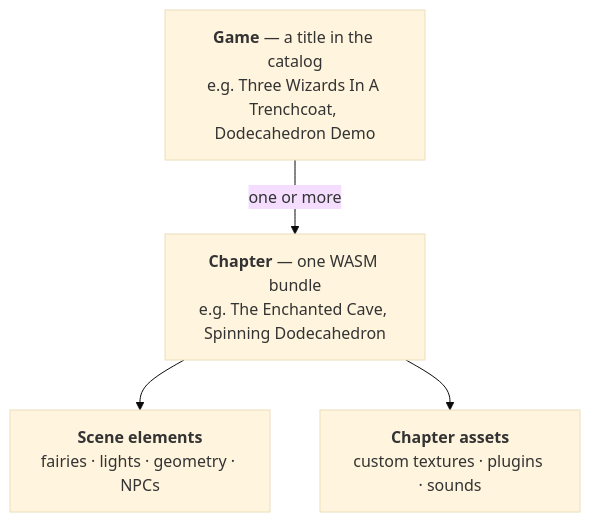
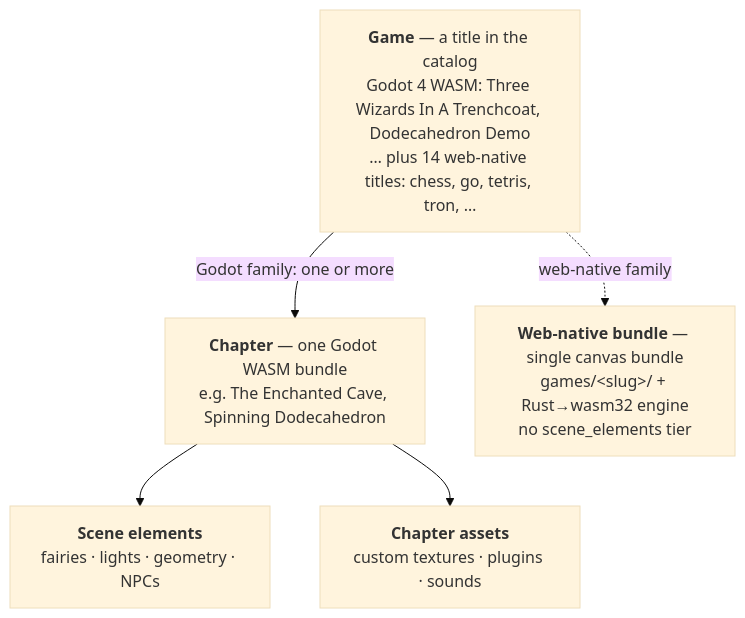
Before and after one commit to hugmesh/hugmesh-games: the first of 46 diagrams in README.md, drawn with Mermaid (base theme). The commit also changed other lines of this file and 6 other files, not shown here.

Commit message:
docs(snapdragon.games): reconcile READMEs + Mermaid diagrams with current & planned state

````diff
--- a/README.md
+++ b/README.md
@@ -132,10 +163,12 @@
 ```mermaid
 flowchart TB
-    Game["<b>Game</b> — a title in the catalog<br/>e.g. Three Wizards In A Trenchcoat, Dodecahedron Demo"]
-    Chapter["<b>Chapter</b> — one WASM bundle<br/>e.g. The Enchanted Cave, Spinning Dodecahedron"]
+    Game["<b>Game</b> — a title in the catalog<br/>Godot 4 WASM: Three Wizards In A Trenchcoat, Dodecahedron Demo<br/>… plus 14 web-native titles: chess, go, tetris, tron, …"]
+    Chapter["<b>Chapter</b> — one Godot WASM bundle<br/>e.g. The Enchanted Cave, Spinning Dodecahedron"]
     Scene["<b>Scene elements</b><br/>fairies · lights · geometry · NPCs"]
     Assets["<b>Chapter assets</b><br/>custom textures · plugins · sounds"]
-    Game -->|"one or more"| Chapter
+    WebNative["<b>Web-native bundle</b> — single canvas bundle<br/>games/&lt;slug&gt;/ + Rust→wasm32 engine<br/>no scene_elements tier"]
+    Game -->|"Godot family: one or more"| Chapter
     Chapter --> Scene
     Chapter --> Assets
+    Game -.->|"web-native family"| WebNative
 ```
````
